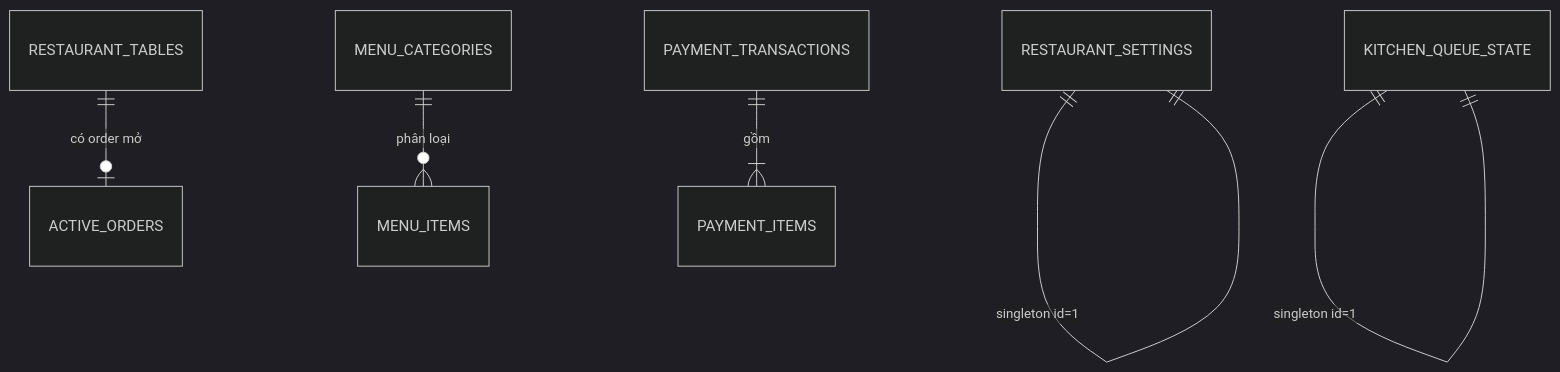
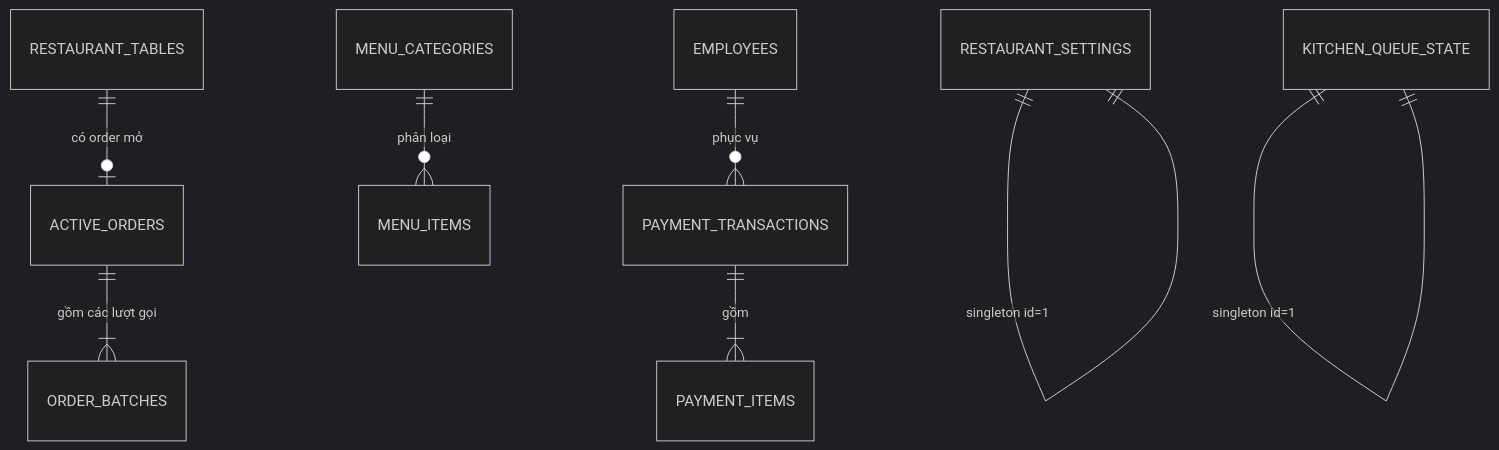
Before and after one commit to Bao0807/Restaurant_CASv2: the second of 2 diagrams in README.md, drawn with Mermaid (dark theme). The commit also changed other lines of this file and 36 other files, not shown here.

````diff
--- a/README.md
+++ b/README.md
@@ -209,8 +247,10 @@
 ```mermaid
 erDiagram
   RESTAURANT_TABLES ||--o| ACTIVE_ORDERS : "có order mở"
+  ACTIVE_ORDERS ||--|{ ORDER_BATCHES : "gồm các lượt gọi"
   MENU_CATEGORIES ||--o{ MENU_ITEMS : "phân loại"
+  EMPLOYEES ||--o{ PAYMENT_TRANSACTIONS : "phục vụ"
   PAYMENT_TRANSACTIONS ||--|{ PAYMENT_ITEMS : "gồm"
   RESTAURANT_SETTINGS ||--|| RESTAURANT_SETTINGS : "singleton id=1"
   KITCHEN_QUEUE_STATE ||--|| KITCHEN_QUEUE_STATE : "singleton id=1"
 ```
````
